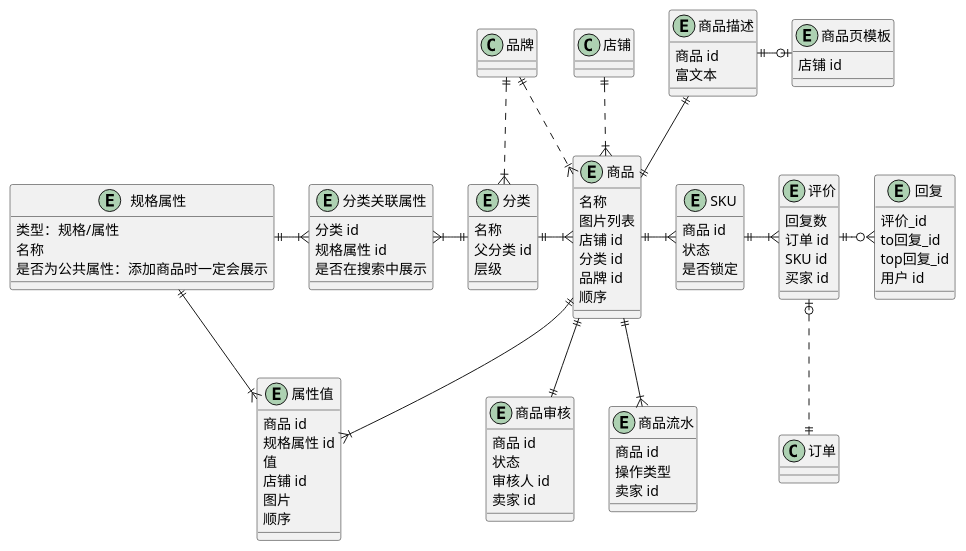
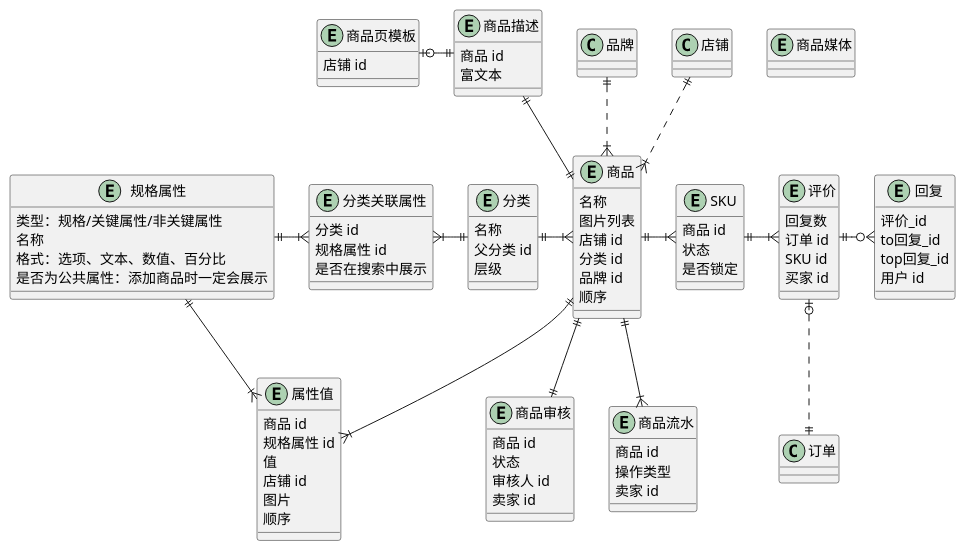
The diagram in 商品.wsd (awesomecat2020/mock-mall), drawn with PlantUML before and after one commit. The commit also changed 1 other file, not shown here.

Commit message:
UML 格式调整

```diff
--- a/商品.wsd
+++ b/商品.wsd
@@ -1,90 +1,101 @@
 @startuml 商品UML
 
+' ==================== 商品 ====================
 entity 商品 {
     名称
     图片列表
     店铺 id
     分类 id
     品牌 id
-    顺序
-}
-entity 分类 {
-    名称
-    父分类 id
-    层级
-}
-entity 规格属性 {
-    ' 分类不同，规则属性不同
-    类型：规格/属性
-    名称
-    是否为公共属性：添加商品时一定会展示
-}
-entity 分类关联属性 {
-    分类 id
-    规格属性 id
-    是否在搜索中展示
-}
-entity 属性值 {
-    商品 id
-    规格属性 id
-    值
-    店铺 id
-    图片
     顺序
 }
 entity 商品审核 {
     商品 id
     状态
     审核人 id
     卖家 id
 }
 entity 商品流水 {
     商品 id
     操作类型
     卖家 id
 }
 entity 商品描述 {
     商品 id
     富文本
 }
 entity 商品页模板 {
     ' 暂不做
     店铺 id
 }
+entity 商品媒体 {
+    ' 暂不做
+}
+
+店铺 ||..|{ 商品
+商品 }|.u.|| 品牌
+商品 ||--|| 商品审核
+商品 ||--|{ 商品流水
+商品 ||-u-|| 商品描述
+商品描述 ||-l-o| 商品页模板
+
+
+' ==================== 属性 ====================
+entity 分类 {
+    名称
+    父分类 id
+    层级
+}
+entity 规格属性 {
+    ' 分类不同，规则属性不同
+    类型：规格/关键属性/非关键属性
+    名称
+    格式：选项、文本、数值、百分比
+    是否为公共属性：添加商品时一定会展示
+}
+entity 分类关联属性 {
+    分类 id
+    规格属性 id
+    是否在搜索中展示
+}
+entity 属性值 {
+    商品 id
+    规格属性 id
+    值
+    店铺 id
+    图片
+    顺序
+}
+
+规格属性 ||-|{ 分类关联属性
+分类关联属性 }|-|| 分类
+分类 ||-|{ 商品
+规格属性 ||--|{ 属性值
+商品 ||--|{ 属性值
+
+
+' ==================== 评价 ====================
 entity 评价 {
     回复数
     订单 id
     SKU id
     买家 id
 }
 entity 回复 {
     评价_id
     to回复_id
     top回复_id
     用户 id
 }
 entity SKU {
     商品 id
     状态
     是否锁定
 }
 
-店铺 ||..|{ 商品
-规格属性 ||-|{ 分类关联属性
-分类关联属性 }|-|| 分类
-分类 ||-|{ 商品
-商品 }|.u.|| 品牌
-品牌 ||..|{ 分类
-商品 ||--|| 商品审核
-商品 ||--|{ 商品流水
-商品 ||-u-|| 商品描述
-商品描述 ||-o| 商品页模板
 商品 ||-|{ SKU
-规格属性 ||--|{ 属性值
-商品 ||--|{ 属性值
-
 SKU ||-|{ 评价
 评价 |o..|| 订单
 评价 ||-o{ 回复
 
 @enduml
```
